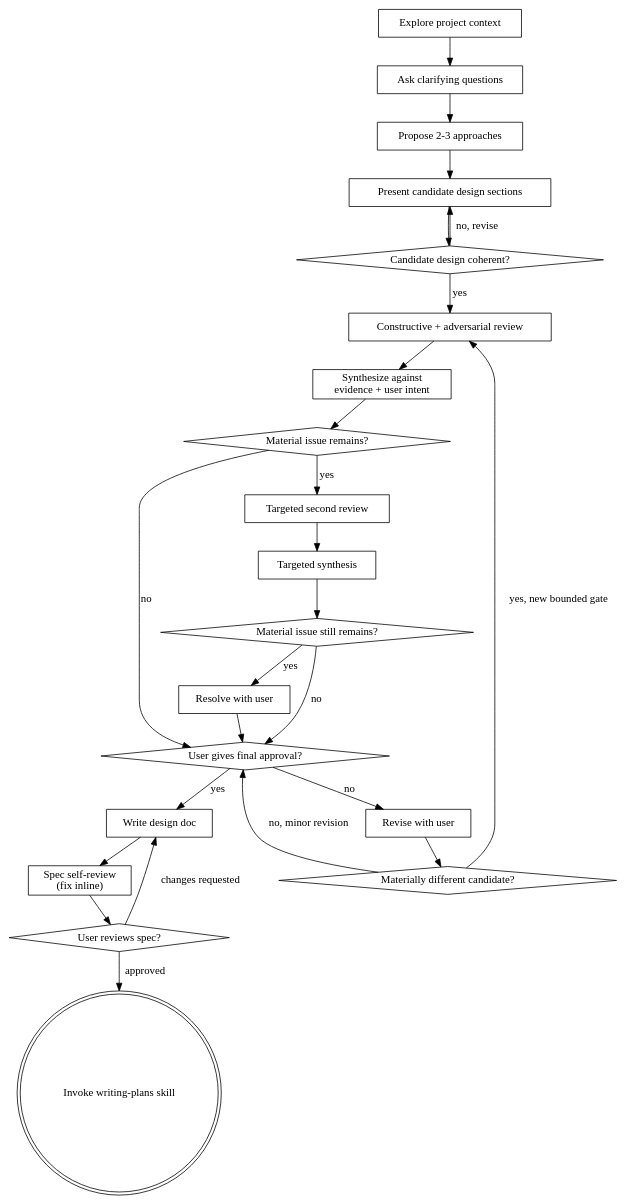
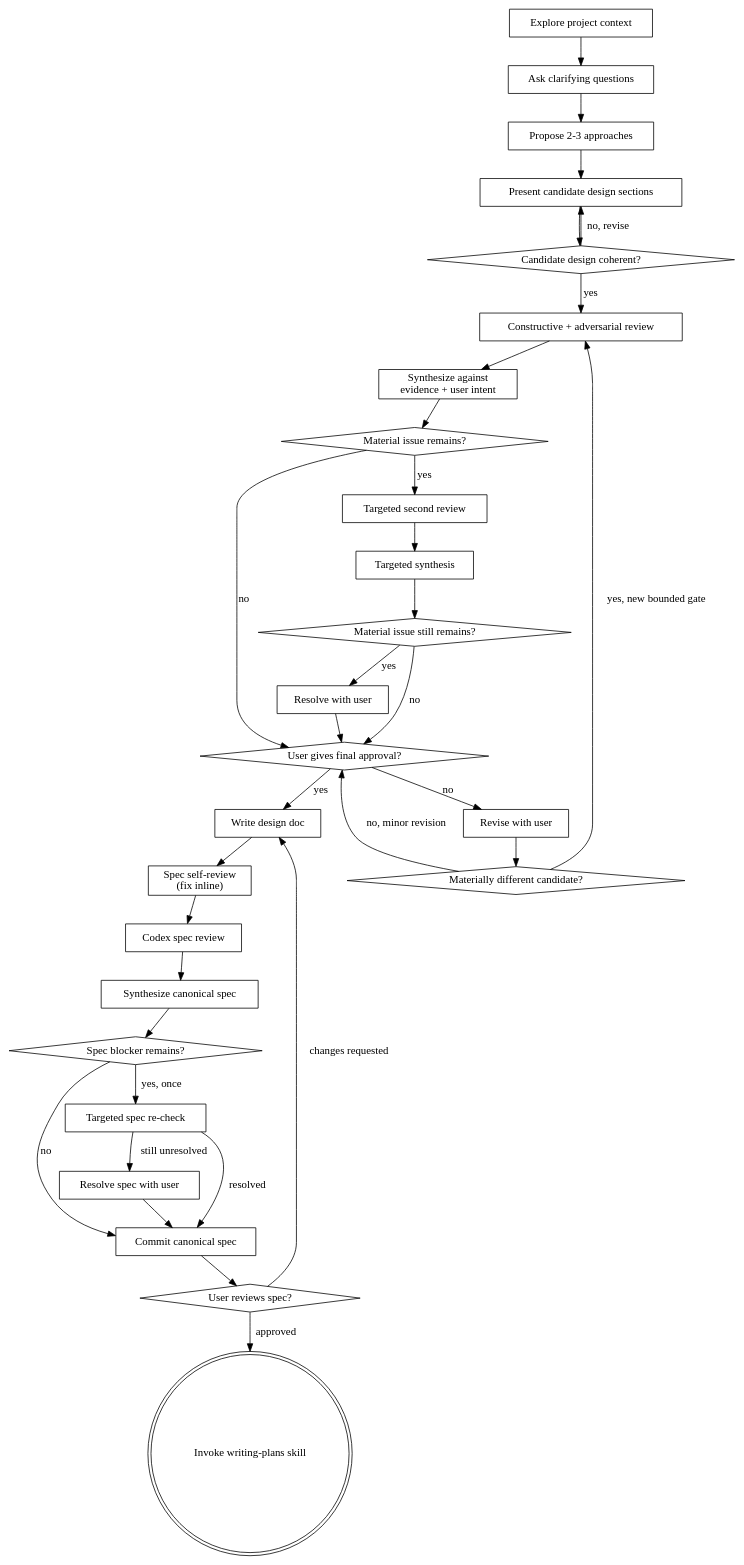
The diagram in skills/brainstorming/SKILL.md (obra/superpowers), drawn with Graphviz before and after one commit. The commit also changed other lines of this file and 2 other files, not shown here.

Commit message:
feat(brainstorming): add written spec review gate

````diff
--- a/skills/brainstorming/SKILL.md
+++ b/skills/brainstorming/SKILL.md
@@ -37,48 +38,62 @@
 ```dot
 digraph brainstorming {
     "Explore project context" [shape=box];
     "Ask clarifying questions" [shape=box];
     "Propose 2-3 approaches" [shape=box];
     "Present candidate design sections" [shape=box];
     "Candidate design coherent?" [shape=diamond];
     "Constructive + adversarial review" [shape=box];
     "Synthesize against\nevidence + user intent" [shape=box];
     "Material issue remains?" [shape=diamond];
     "Targeted second review" [shape=box];
     "Targeted synthesis" [shape=box];
     "Material issue still remains?" [shape=diamond];
     "Resolve with user" [shape=box];
     "User gives final approval?" [shape=diamond];
     "Revise with user" [shape=box];
     "Materially different candidate?" [shape=diamond];
     "Write design doc" [shape=box];
     "Spec self-review\n(fix inline)" [shape=box];
+    "Codex spec review" [shape=box];
+    "Synthesize canonical spec" [shape=box];
+    "Spec blocker remains?" [shape=diamond];
+    "Targeted spec re-check" [shape=box];
+    "Resolve spec with user" [shape=box];
+    "Commit canonical spec" [shape=box];
     "User reviews spec?" [shape=diamond];
     "Invoke writing-plans skill" [shape=doublecircle];
 
     "Explore project context" -> "Ask clarifying questions";
     "Ask clarifying questions" -> "Propose 2-3 approaches";
     "Propose 2-3 approaches" -> "Present candidate design sections";
     "Present candidate design sections" -> "Candidate design coherent?";
     "Candidate design coherent?" -> "Present candidate design sections" [label="no, revise"];
     "Candidate design coherent?" -> "Constructive + adversarial review" [label="yes"];
     "Constructive + adversarial review" -> "Synthesize against\nevidence + user intent";
     "Synthesize against\nevidence + user intent" -> "Material issue remains?";
     "Material issue remains?" -> "Targeted second review" [label="yes"];
     "Targeted second review" -> "Targeted synthesis";
     "Targeted synthesis" -> "Material issue still remains?";
     "Material issue still remains?" -> "Resolve with user" [label="yes"];
     "Resolve with user" -> "User gives final approval?";
     "Material issue still remains?" -> "User gives final approval?" [label="no"];
     "Material issue remains?" -> "User gives final approval?" [label="no"];
     "User gives final approval?" -> "Revise with user" [label="no"];
     "Revise with user" -> "Materially different candidate?";
     "Materially different candidate?" -> "Constructive + adversarial review" [label="yes, new bounded gate"];
     "Materially different candidate?" -> "User gives final approval?" [label="no, minor revision"];
     "User gives final approval?" -> "Write design doc" [label="yes"];
     "Write design doc" -> "Spec self-review\n(fix inline)";
-    "Spec self-review\n(fix inline)" -> "User reviews spec?";
+    "Spec self-review\n(fix inline)" -> "Codex spec review";
+    "Codex spec review" -> "Synthesize canonical spec";
+    "Synthesize canonical spec" -> "Spec blocker remains?";
+    "Spec blocker remains?" -> "Targeted spec re-check" [label="yes, once"];
+    "Targeted spec re-check" -> "Resolve spec with user" [label="still unresolved"];
+    "Targeted spec re-check" -> "Commit canonical spec" [label="resolved"];
+    "Resolve spec with user" -> "Commit canonical spec";
+    "Spec blocker remains?" -> "Commit canonical spec" [label="no"];
+    "Commit canonical spec" -> "User reviews spec?";
     "User reviews spec?" -> "Write design doc" [label="changes requested"];
     "User reviews spec?" -> "Invoke writing-plans skill" [label="approved"];
 }
 ```
````
